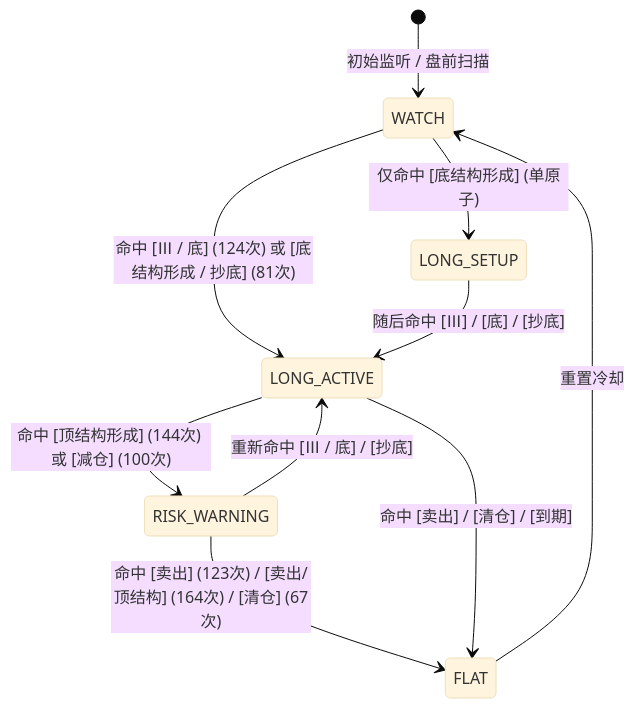
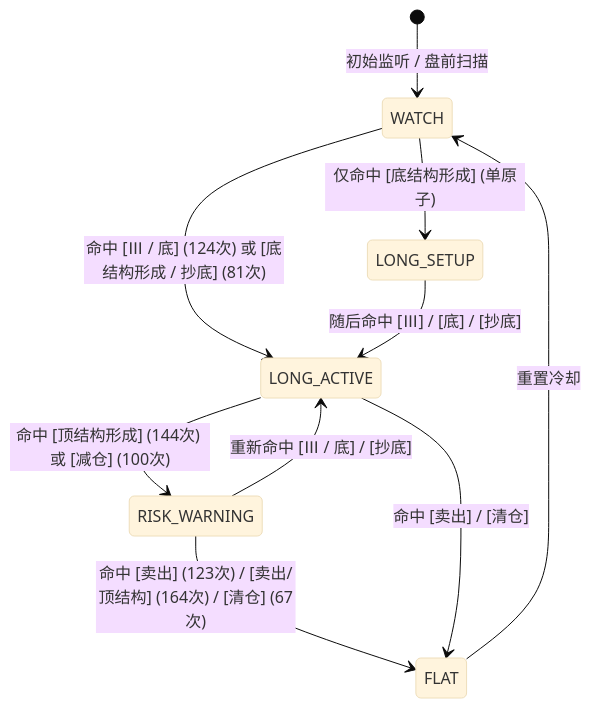
Before and after one commit to wikiTang-code/whop-wechat-bridge: the diagram in data/specs/STAGE2_signal_statemachine.md, drawn with Mermaid (base theme). The commit also changed other lines of this file and 2 other files, not shown here.

````diff
--- a/data/specs/STAGE2_signal_statemachine.md
+++ b/data/specs/STAGE2_signal_statemachine.md
@@ -43,16 +43,16 @@
 ```mermaid
 stateDiagram-v2
     [*] --> WATCH: 初始监听 / 盘前扫描
     
     WATCH --> LONG_ACTIVE: 命中 [Ⅲ / 底] (124次) 或 [底结构形成 / 抄底] (81次)
     WATCH --> LONG_SETUP: 仅命中 [底结构形成] (单原子)
     LONG_SETUP --> LONG_ACTIVE: 随后命中 [Ⅲ] / [底] / [抄底]
     
     LONG_ACTIVE --> RISK_WARNING: 命中 [顶结构形成] (144次) 或 [减仓] (100次)
     RISK_WARNING --> LONG_ACTIVE: 重新命中 [Ⅲ / 底] / [抄底]
     
     RISK_WARNING --> FLAT: 命中 [卖出] (123次) / [卖出/顶结构] (164次) / [清仓] (67次)
-    LONG_ACTIVE --> FLAT: 命中 [卖出] / [清仓] / [到期]
+    LONG_ACTIVE --> FLAT: 命中 [卖出] / [清仓]
     
     FLAT --> WATCH: 重置冷却
 ```
````
